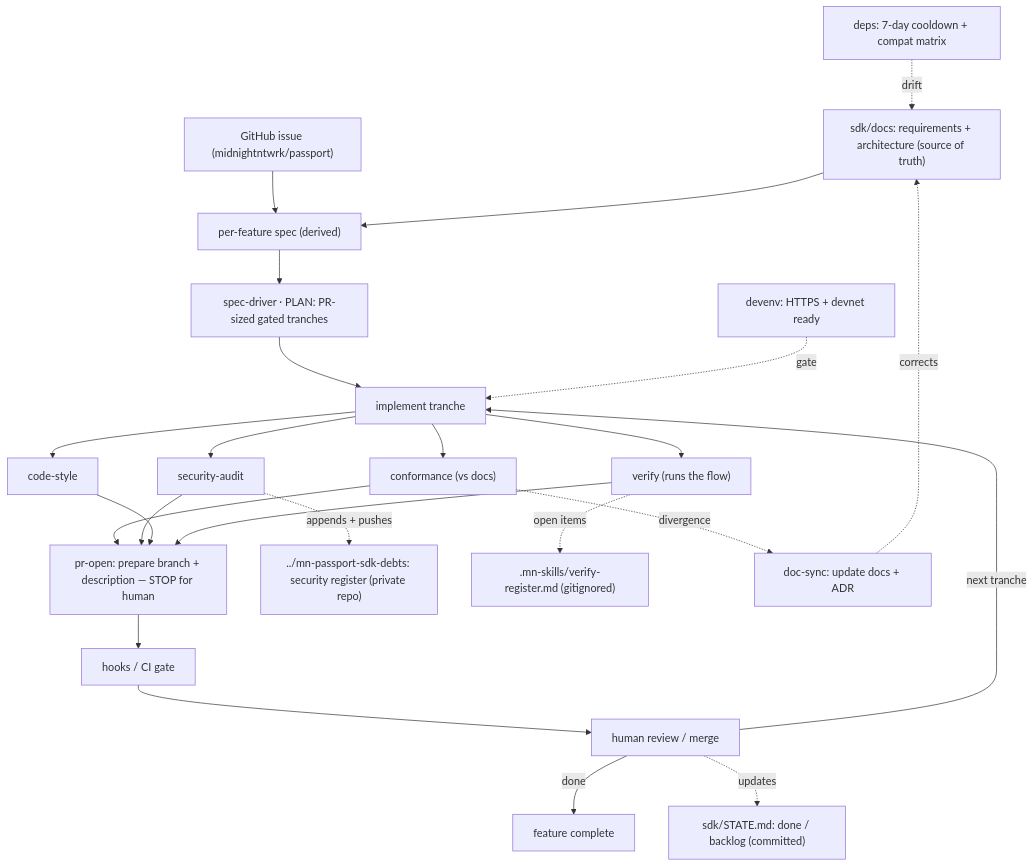
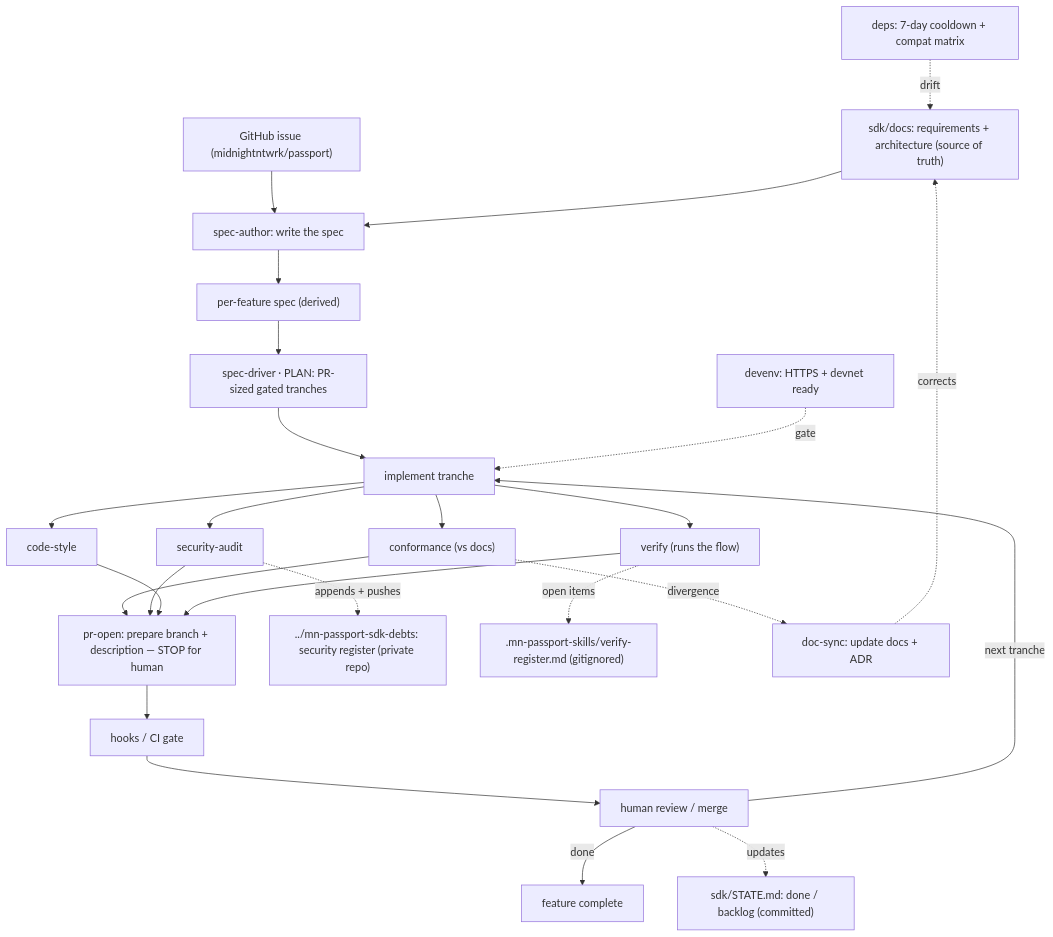
Before and after one commit to hbulgarini/mn-passport-sdk: the first of 2 diagrams in docs/development-workflow.md, drawn with Mermaid. The commit also changed other lines of this file and 51 other files, not shown here.

````diff
--- a/docs/development-workflow.md
+++ b/docs/development-workflow.md
@@ -217,34 +234,34 @@
 ```mermaid
 flowchart TB
   DOCS["sdk/docs: requirements + architecture (source of truth)"]
   SPEC["per-feature spec (derived)"]
   PLAN["spec-driver · PLAN: PR-sized gated tranches"]
   IMPL["implement tranche"]
   PR["pr-open: prepare branch + description — STOP for human"]
   GATE["hooks / CI gate"]
   HUMAN["human review / merge"]
   DONE["feature complete"]
 
-  ISSUE["GitHub issue (midnightntwrk/passport)"] --> SPEC
-  DOCS --> SPEC --> PLAN --> IMPL
+  ISSUE["GitHub issue (midnightntwrk/passport)"] --> AUTHOR["spec-author: write the spec"]
+  DOCS --> AUTHOR --> SPEC --> PLAN --> IMPL
   IMPL --> CONF["conformance (vs docs)"]
   IMPL --> SEC["security-audit"]
   IMPL --> STYLE["code-style"]
   IMPL --> VERIFY["verify (runs the flow)"]
   CONF --> PR
   SEC --> PR
   STYLE --> PR
   VERIFY --> PR
   PR --> GATE --> HUMAN
   HUMAN -->|next tranche| IMPL
   HUMAN -->|done| DONE
   HUMAN -. updates .-> STATE["sdk/STATE.md: done / backlog (committed)"]
 
   SEC -. "appends + pushes" .-> SREG["../mn-passport-sdk-debts: security register (private repo)"]
-  VERIFY -. open items .-> VREG[".mn-skills/verify-register.md (gitignored)"]
+  VERIFY -. open items .-> VREG[".mn-passport-skills/verify-register.md (gitignored)"]
   CONF -. divergence .-> SYNC["doc-sync: update docs + ADR"]
   SYNC -. corrects .-> DOCS
 
   DEPS["deps: 7-day cooldown + compat matrix"] -. drift .-> DOCS
   DEVENV["devenv: HTTPS + devnet ready"] -. gate .-> IMPL
 ```
````
